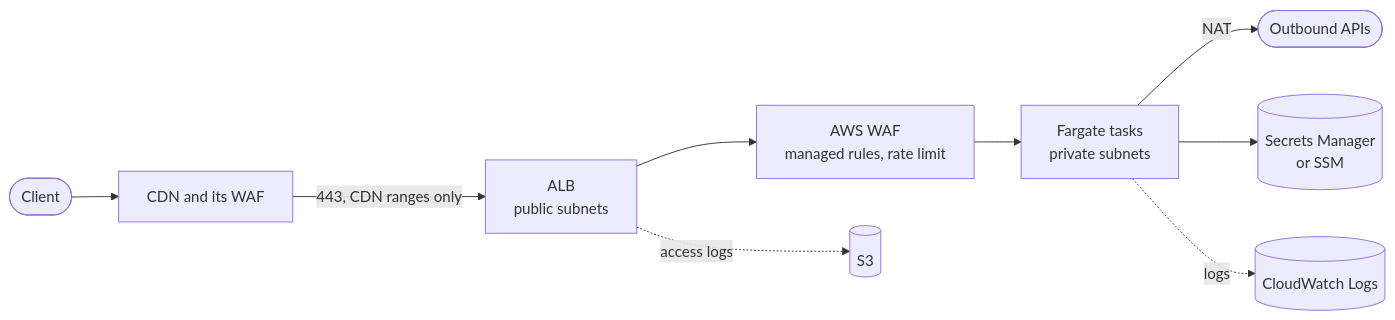
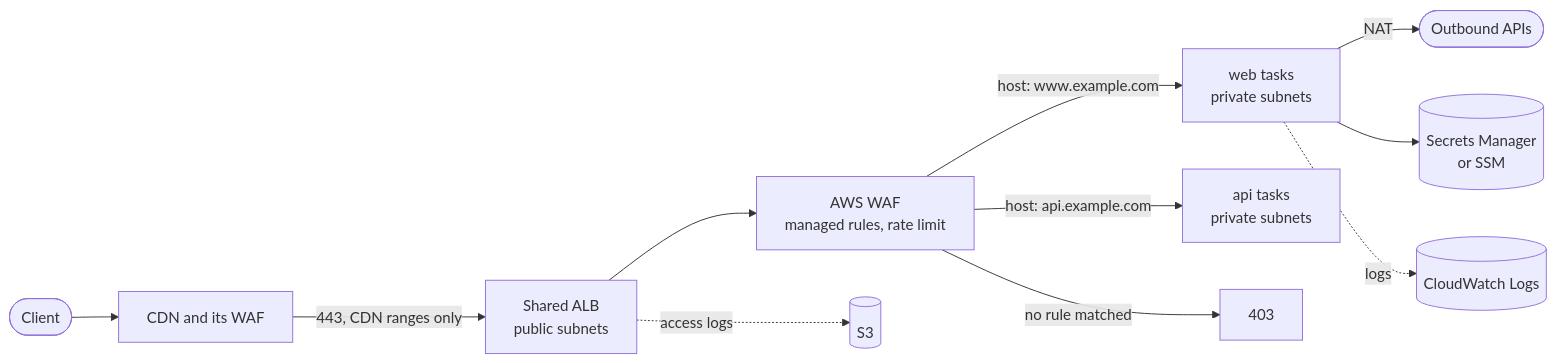
Before and after one commit to totallymoney/terraform-aws-fargate-service: the diagram in README.md, drawn with Mermaid. The commit also changed other lines of this file and 21 other files, not shown here.

````diff
--- a/README.md
+++ b/README.md
@@ -12,11 +18,13 @@
 ```mermaid
 flowchart LR
   U([Client]) --> C[CDN and its WAF]
-  C -->|443, CDN ranges only| A[ALB<br/>public subnets]
+  C -->|443, CDN ranges only| A[Shared ALB<br/>public subnets]
   A --> W[AWS WAF<br/>managed rules, rate limit]
-  W --> T[Fargate tasks<br/>private subnets]
-  T -->|NAT| I([Outbound APIs])
-  T --> S[(Secrets Manager<br/>or SSM)]
+  W -->|host: www.example.com| T1[web tasks<br/>private subnets]
+  W -->|host: api.example.com| T2[api tasks<br/>private subnets]
+  W -->|no rule matched| X[403]
+  T1 -->|NAT| I([Outbound APIs])
+  T1 --> S[(Secrets Manager<br/>or SSM)]
   A -.access logs.-> B[(S3)]
-  T -.logs.-> L[(CloudWatch Logs)]
+  T1 -.logs.-> L[(CloudWatch Logs)]
 ```
````
